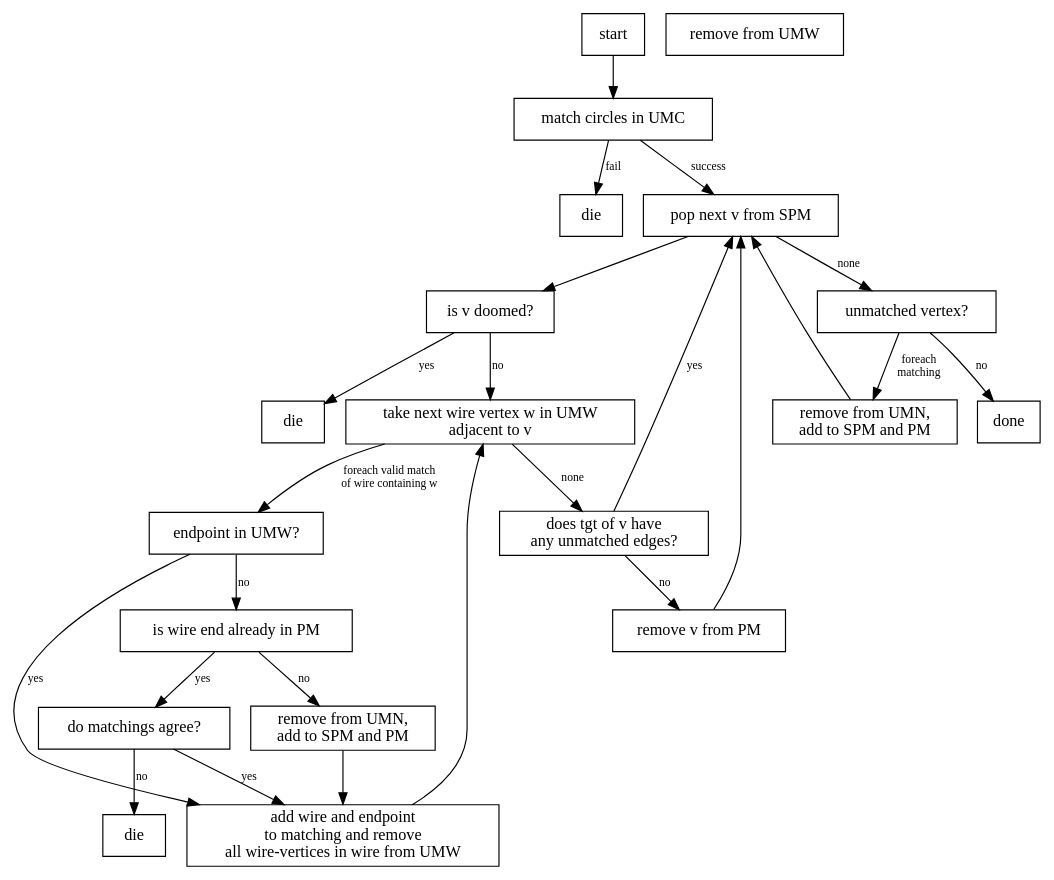
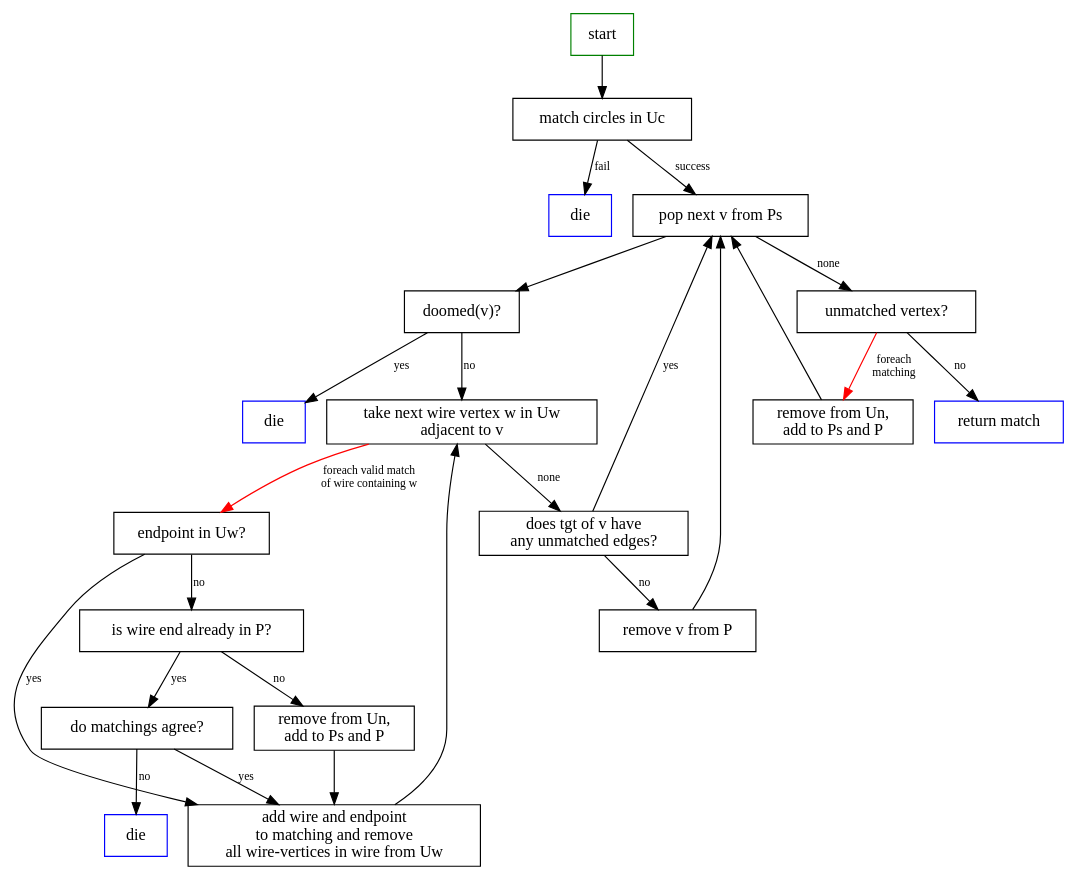
The diagram in docs/matching_algo/concrete_part.dot (zxcalc/quantomatic), drawn with Graphviz before and after one commit. The commit also changed 4 other files, not shown here.

```diff
--- a/docs/matching_algo/concrete_part.dot
+++ b/docs/matching_algo/concrete_part.dot
@@ -1,47 +1,46 @@
 digraph {
     node [shape=box]
     edge [fontsize=10]
-    start
-    circles [label="match circles in UMC"]
-    die0 [label=die]
-    scheduledpm [label="pop next v from SPM"]
-    doomed [label="is v doomed?"]
-    die1 [label=die]
-    nextnhd [label="take next wire vertex w in UMW\nadjacent to v"]
-    addwiretomatch [label="add wire and endpoint\nto matching and remove\nall wire-vertices in wire from UMW"]
-    wireend [label="endpoint in UMW?"]
-    wireendbound [label="remove from UMW"]
-    wireendpm [label="is wire end already in PM"]
+    start [color=green]
+    circles [label="match circles in Uc"]
+    die0 [label=die,color=blue]
+    scheduledpm [label="pop next v from Ps"]
+    doomed [label="doomed(v)?"]
+    die1 [label=die,color=blue]
+    nextnhd [label="take next wire vertex w in Uw\nadjacent to v"]
+    addwiretomatch [label="add wire and endpoint\nto matching and remove\nall wire-vertices in wire from Uw"]
+    wireend [label="endpoint in Uw?"]
+    wireendpm [label="is wire end already in P?"]
     matchagree [label="do matchings agree?"]
-    die2 [label=die]
-    markpm [label="remove from UMN,\nadd to SPM and PM"]
+    die2 [label=die,color=blue]
+    markpm [label="remove from Un,\nadd to Ps and P"]
     unmatchedtargnhd [label="does tgt of v have\nany unmatched edges?"]
-    complete [label="remove v from PM"]
+    complete [label="remove v from P"]
     unmatched [label="unmatched vertex?"]
-    markpm2 [label="remove from UMN,\nadd to SPM and PM"]
-    done
+    markpm2 [label="remove from Un,\nadd to Ps and P"]
+    done [color=blue,label="return match"]
     
     start -> circles
     circles -> die0 [label=fail]
     circles -> scheduledpm [label=success]
     scheduledpm -> doomed
     doomed -> die1 [label=yes]
     doomed -> nextnhd [label=no]
-    nextnhd -> wireend [label="foreach valid match\n of wire containing w"]
+    nextnhd -> wireend [label="foreach valid match\n of wire containing w",color=red]
     wireend -> wireendpm [label=no]
     wireend -> addwiretomatch [label=yes]
     wireendpm -> matchagree [label=yes]
     matchagree -> die2 [label=no]
     matchagree -> addwiretomatch [label=yes]
     wireendpm -> markpm [label=no]
     markpm -> addwiretomatch
     addwiretomatch -> nextnhd
     nextnhd -> unmatchedtargnhd [label=none]
     unmatchedtargnhd -> complete [label=no]
     unmatchedtargnhd -> scheduledpm [label=yes]
     complete -> scheduledpm
     scheduledpm -> unmatched [label=none]
     unmatched -> done [label=no]
-    unmatched -> markpm2 [label="foreach\nmatching"]
+    unmatched -> markpm2 [label="foreach\nmatching",color=red]
     markpm2 -> scheduledpm
 }
```
